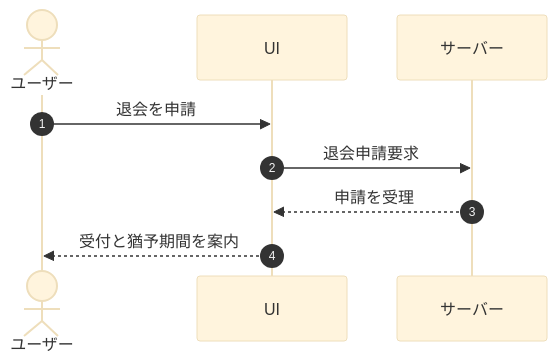
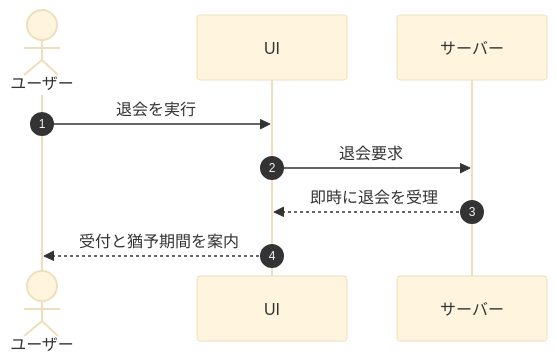
The ninth of 56 diagrams in 01_requirements/02_functional_requirement/01_account-fr.md (sikakou54/open-faq), drawn with Mermaid (base theme) before and after one commit. The commit also changed other lines of this file and 66 other files, not shown here.

````diff
--- a/01_requirements/02_functional_requirement/01_account-fr.md
+++ b/01_requirements/02_functional_requirement/01_account-fr.md
@@ -262,11 +262,11 @@
 ```mermaid
 sequenceDiagram
   autonumber
   actor U as ユーザー
   participant UI as UI
   participant S as サーバー
-  U->>UI: 退会を申請
-  UI->>S: 退会申請要求
-  S-->>UI: 申請を受理
+  U->>UI: 退会を実行
+  UI->>S: 退会要求
+  S-->>UI: 即時に退会を受理
   UI-->>U: 受付と猶予期間を案内
 ```
````
